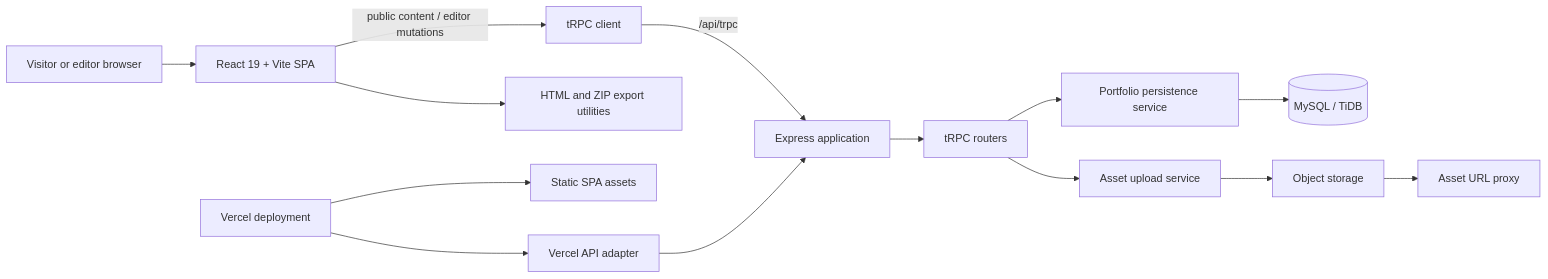
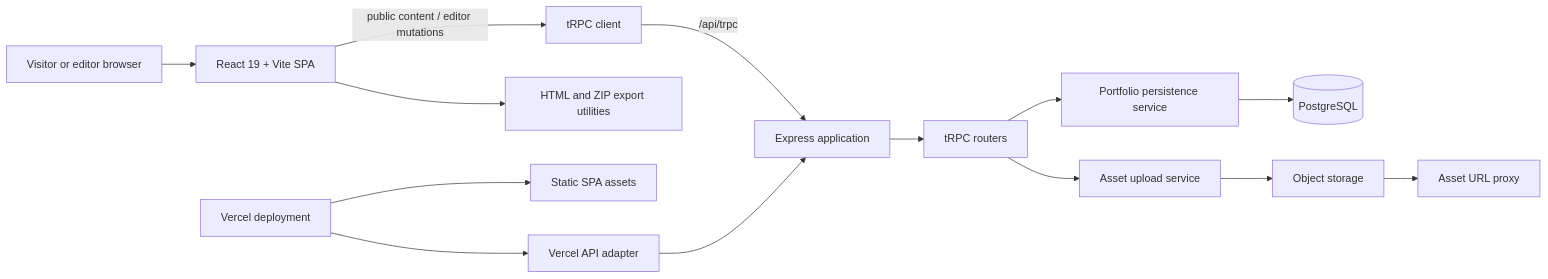
One commit to Fedi-Nasri/Portfolio changed the diagram in docs/architecture.md. Above: the diagram before and after it, drawn with Mermaid. The commit also changed other lines of this file and 28 other files, not shown here.

````diff
--- a/docs/architecture.md
+++ b/docs/architecture.md
@@ -11,17 +11,17 @@
 ```mermaid
 flowchart LR
   Visitor[Visitor or editor browser] --> SPA[React 19 + Vite SPA]
   SPA -->|public content / editor mutations| TRPC[tRPC client]
   TRPC -->|/api/trpc| API[Express application]
   API --> Router[tRPC routers]
   Router --> Portfolio[Portfolio persistence service]
-  Portfolio --> DB[(MySQL / TiDB)]
+  Portfolio --> DB[(PostgreSQL)]
   Router --> Upload[Asset upload service]
   Upload --> Storage[Object storage]
   Storage --> Proxy[Asset URL proxy]
   SPA --> Export[HTML and ZIP export utilities]
 
   Vercel[Vercel deployment] --> Static[Static SPA assets]
   Vercel --> Serverless[Vercel API adapter]
   Serverless --> API
 ```
````
